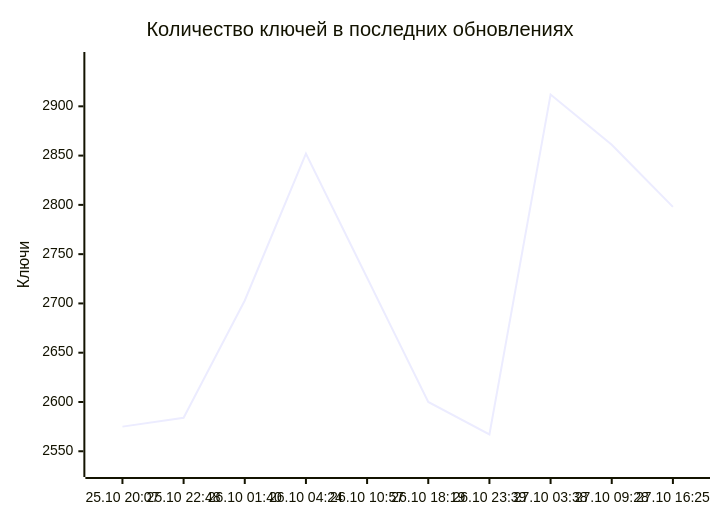
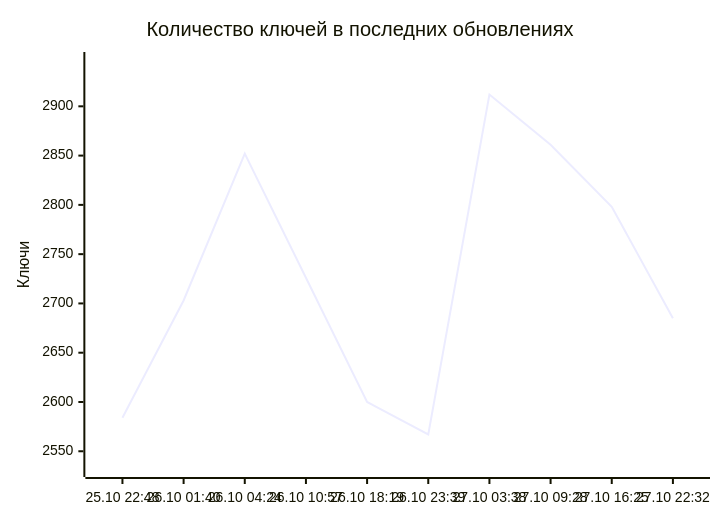
One commit to markKikhtenko/WireVeil changed the diagram in README.md. Above: the diagram before and after it, drawn with Mermaid. The commit also changed other lines of this file and 13 other files, not shown here.

````diff
--- a/README.md
+++ b/README.md
@@ -55,7 +55,7 @@
 ```mermaid
 xychart-beta
     title "Количество ключей в последних обновлениях"
-    x-axis ["25.10 20:07", "25.10 22:48", "26.10 01:40", "26.10 04:24", "26.10 10:57", "26.10 18:19", "26.10 23:39", "27.10 03:38", "27.10 09:28", "27.10 16:25"]
+    x-axis ["25.10 22:48", "26.10 01:40", "26.10 04:24", "26.10 10:57", "26.10 18:19", "26.10 23:39", "27.10 03:38", "27.10 09:28", "27.10 16:25", "27.10 22:32"]
     y-axis "Ключи" 2532 --> 2947
-    line [2575, 2584, 2703, 2852, 2726, 2600, 2567, 2912, 2861, 2798]
+    line [2584, 2703, 2852, 2726, 2600, 2567, 2912, 2861, 2798, 2685]
 ```
````
